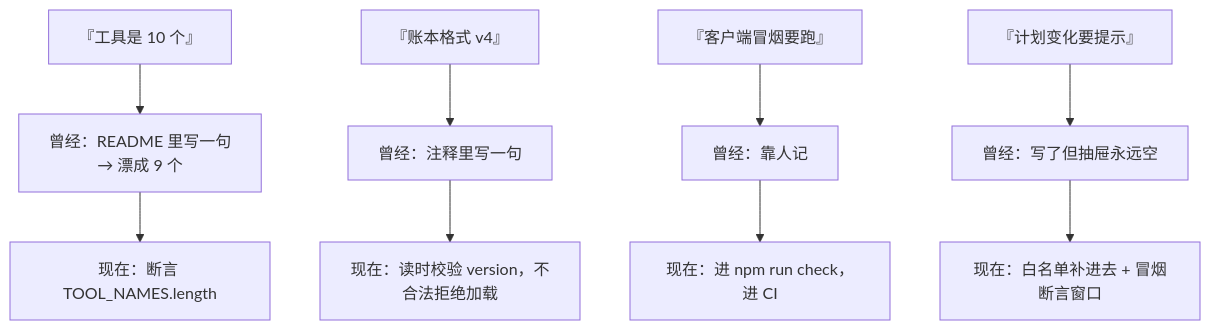
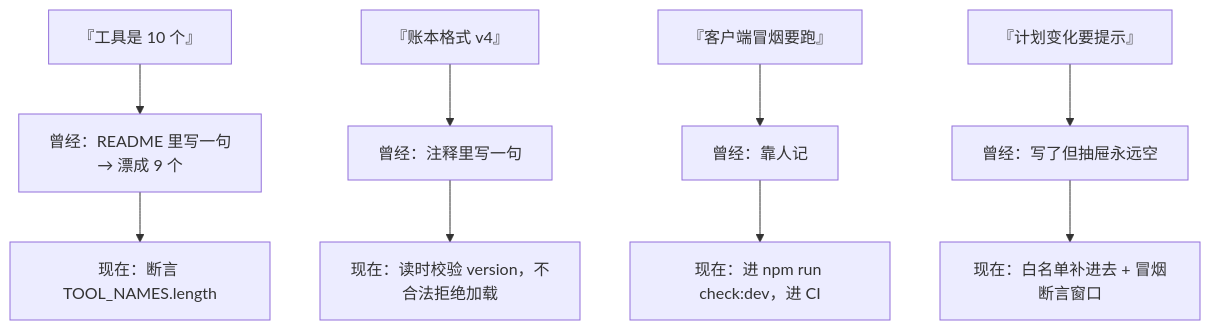
The ninth of 10 diagrams in docs/md/10-项目实战/04-DSH任务派发插件/10-工程收口与对外发布.md (wychmod/wychmod.github.io), drawn with Mermaid before and after one commit. The commit also changed other lines of this file, not shown here.

First line of the commit message:
🐛 fix(dsh): 脚本名改回实际存在的 check:dev（P0-2）

````diff
--- a/docs/md/10-项目实战/04-DSH任务派发插件/10-工程收口与对外发布.md
+++ b/docs/md/10-项目实战/04-DSH任务派发插件/10-工程收口与对外发布.md
@@ -257,11 +259,11 @@
 ```mermaid
 flowchart TB
     A["『工具是 10 个』"] --> A1["曾经：README 里写一句<br/>→ 漂成 9 个"]
     A1 --> A2["现在：断言 TOOL_NAMES.length"]
     B["『账本格式 v4』"] --> B1["曾经：注释里写一句"]
     B1 --> B2["现在：读时校验 version，不合法拒绝加载"]
     C["『客户端冒烟要跑』"] --> C1["曾经：靠人记"]
-    C1 --> C2["现在：进 npm run check，进 CI"]
+    C1 --> C2["现在：进 npm run check:dev，进 CI"]
     D["『计划变化要提示』"] --> D1["曾经：写了但抽屉永远空"]
     D1 --> D2["现在：白名单补进去 + 冒烟断言窗口"]
 ```
````
